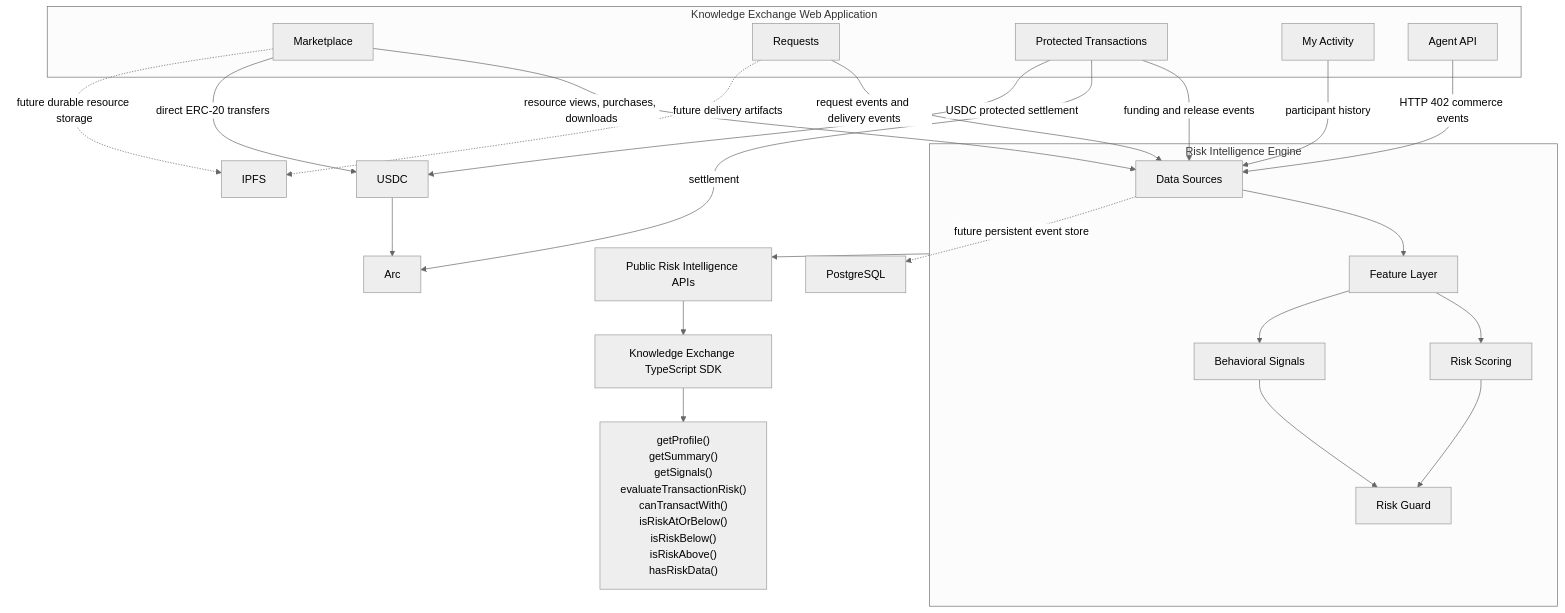
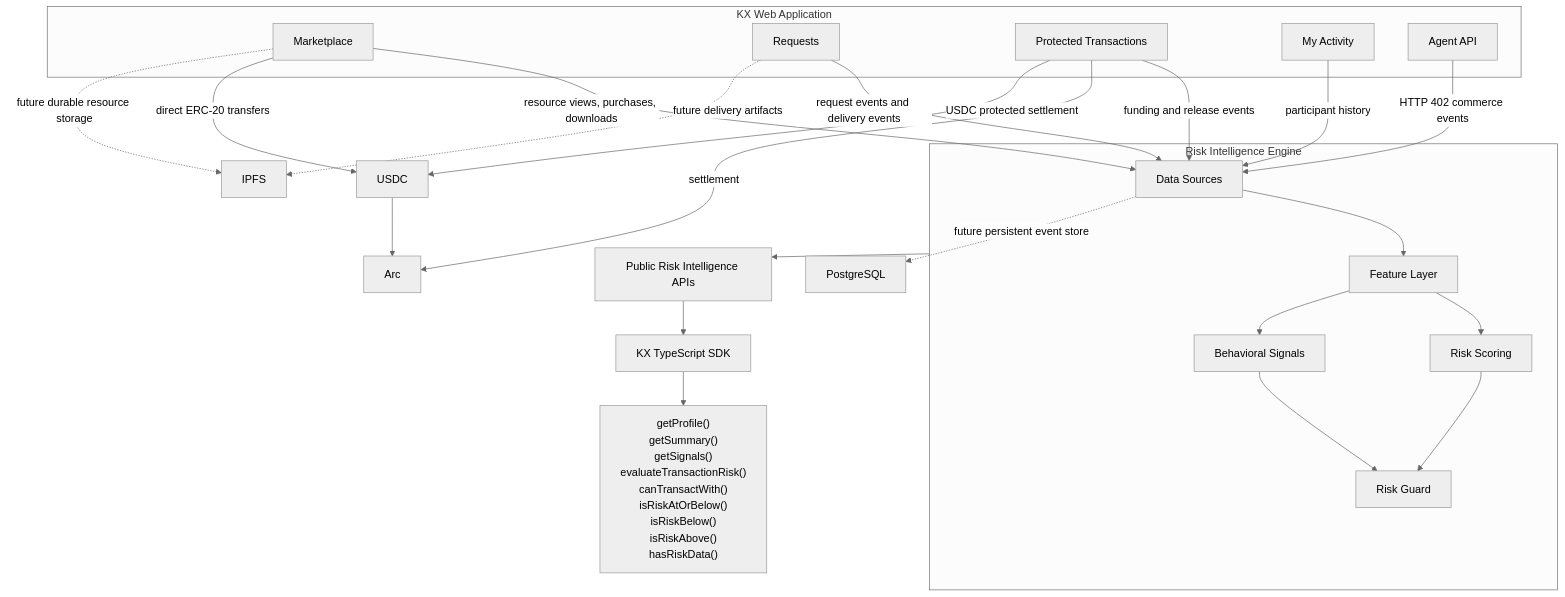
Before and after one commit to devivandroid/arc-knowledge-exchange: the diagram in README.md, drawn with Mermaid (neutral theme). The commit also changed other lines of this file and 102 other files, not shown here.

````diff
--- a/README.md
+++ b/README.md
@@ -28,52 +30,52 @@
 ```mermaid
 flowchart TB
-  subgraph web["Knowledge Exchange Web Application"]
+  subgraph web["KX Web Application"]
     marketplace["Marketplace"]
     requests["Requests"]
     protected["Protected Transactions"]
     activity["My Activity"]
     agentApi["Agent API"]
   end
 
   subgraph risk["Risk Intelligence Engine"]
     data["Data Sources"]
     features["Feature Layer"]
     scoring["Risk Scoring"]
     signals["Behavioral Signals"]
     guard["Risk Guard"]
   end
 
   publicApis["Public Risk Intelligence APIs"]
-  sdk["Knowledge Exchange TypeScript SDK"]
+  sdk["KX TypeScript SDK"]
   sdkMethods["getProfile()\ngetSummary()\ngetSignals()\nevaluateTransactionRisk()\ncanTransactWith()\nisRiskAtOrBelow()\nisRiskBelow()\nisRiskAbove()\nhasRiskData()"]
 
   postgres["PostgreSQL"]
   ipfs["IPFS"]
   arc["Arc"]
   usdc["USDC"]
 
   marketplace -->|"resource views, purchases, downloads"| data
   requests -->|"request events and delivery events"| data
   protected -->|"funding and release events"| data
   activity -->|"participant history"| data
   agentApi -->|"HTTP 402 commerce events"| data
 
   data --> features
   features --> scoring
   features --> signals
   scoring --> guard
   signals --> guard
 
   risk --> publicApis
   publicApis --> sdk
   sdk --> sdkMethods
 
   protected -->|"settlement"| arc
   marketplace -->|"direct ERC-20 transfers"| usdc
   protected -->|"USDC protected settlement"| usdc
   usdc --> arc
 
   data -. "future persistent event store" .-> postgres
   marketplace -. "future durable resource storage" .-> ipfs
   requests -. "future delivery artifacts" .-> ipfs
 ```
````
